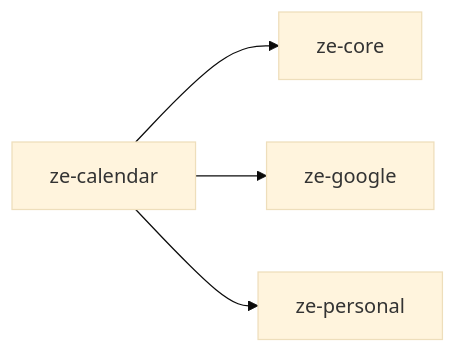
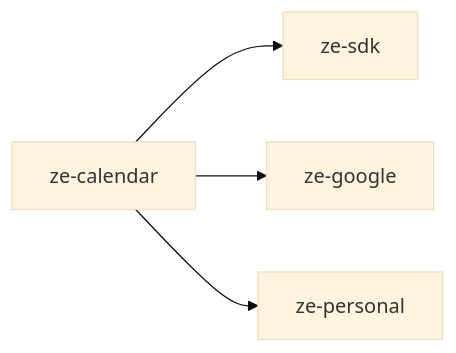
Before and after one commit to myguyze/ze: the diagram in plugins/ze-calendar/README.md, drawn with Mermaid (base theme). The commit also changed other lines of this file and 44 other files, not shown here.

````diff
--- a/plugins/ze-calendar/README.md
+++ b/plugins/ze-calendar/README.md
@@ -17,6 +17,6 @@
 ```mermaid
 graph LR
-    calendar[ze-calendar] --> core[ze-core]
+    calendar[ze-calendar] --> sdk[ze-sdk]
     calendar --> google[ze-google]
     calendar --> personal[ze-personal]
 ```
````
